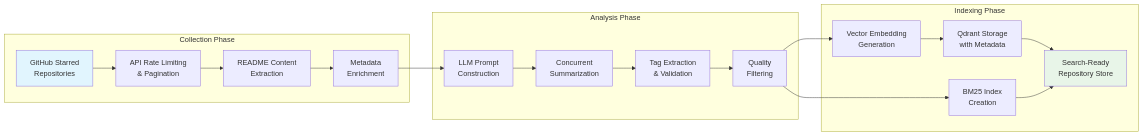
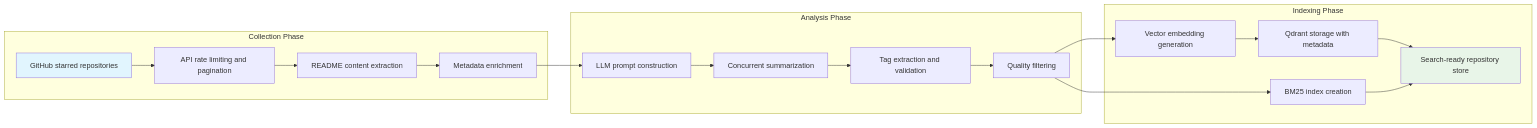
Before and after one commit to chernistry/ohmyrepos: the third of 5 diagrams in docs/IMPLEMENTATION.md, drawn with Mermaid. The commit also changed other lines of this file and 5 other files, not shown here.

````diff
--- a/docs/IMPLEMENTATION.md
+++ b/docs/IMPLEMENTATION.md
@@ -129,26 +127,26 @@
 ```mermaid
 graph LR
     subgraph "Collection Phase"
-        A[GitHub Starred<br/>Repositories] --> B[API Rate Limiting<br/>& Pagination]
-        B --> C[README Content<br/>Extraction]
-        C --> D[Metadata<br/>Enrichment]
+        A[GitHub starred repositories] --> B[API rate limiting and pagination]
+        B --> C[README content extraction]
+        C --> D[Metadata enrichment]
     end
 
     subgraph "Analysis Phase"
-        D --> E[LLM Prompt<br/>Construction]
-        E --> F[Concurrent<br/>Summarization]
-        F --> G[Tag Extraction<br/>& Validation]
-        G --> H[Quality<br/>Filtering]
+        D --> E[LLM prompt construction]
+        E --> F[Concurrent summarization]
+        F --> G[Tag extraction and validation]
+        G --> H[Quality filtering]
     end
 
     subgraph "Indexing Phase"
-        H --> I[Vector Embedding<br/>Generation]
-        I --> J[Qdrant Storage<br/>with Metadata]
-        H --> K[BM25 Index<br/>Creation]
-        J --> L[Search-Ready<br/>Repository Store]
+        H --> I[Vector embedding generation]
+        I --> J[Qdrant storage with metadata]
+        H --> K[BM25 index creation]
+        J --> L[Search-ready repository store]
         K --> L
     end
 
     style A fill:#e1f5fe
     style L fill:#e8f5e8
 ```
````
